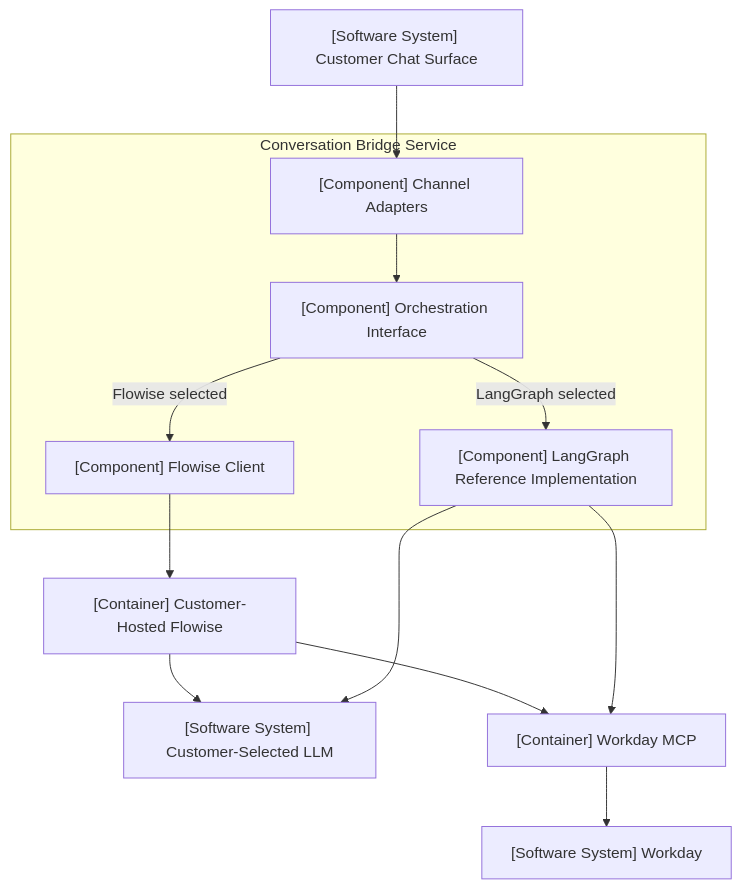
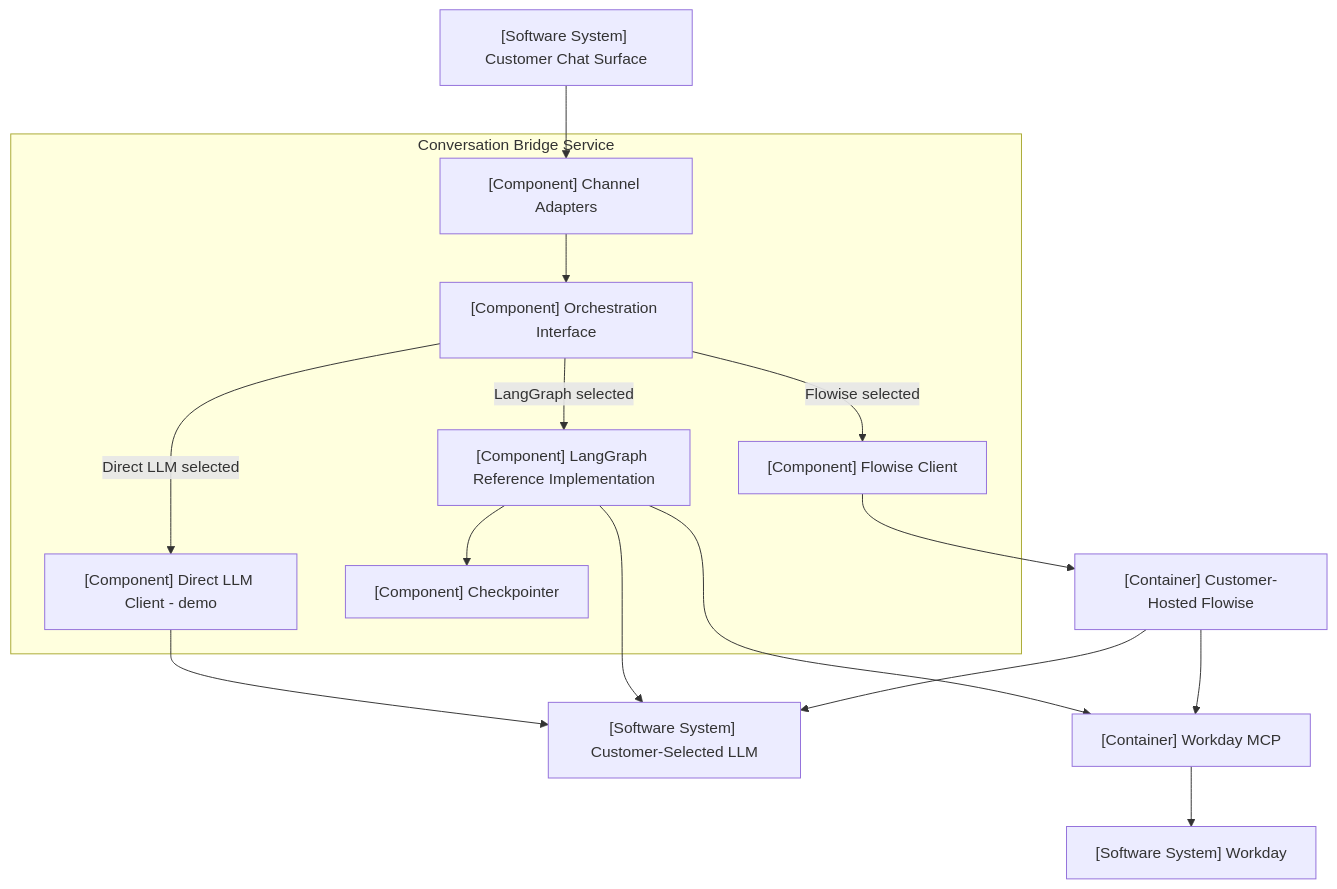
One commit to samxli/ai-conversation-bridge changed the second of 2 diagrams in docs/langgraph-orchestration-proposal-v2.md. Above: the diagram before and after it, drawn with Mermaid. The commit also changed other lines of this file, not shown here.

First line of the commit message:
Revise LangGraph orchestration proposal to v2.1

````diff
--- a/docs/langgraph-orchestration-proposal-v2.md
+++ b/docs/langgraph-orchestration-proposal-v2.md
@@ -106,26 +120,31 @@
 ```mermaid
 flowchart TD
     chat["[Software System] Customer Chat Surface"]
     flowiseRuntime["[Container] Customer-Hosted Flowise"]
     llm["[Software System] Customer-Selected LLM"]
     mcp["[Container] Workday MCP"]
     workday["[Software System] Workday"]
 
     subgraph bridge [Conversation Bridge Service]
         channels["[Component] Channel Adapters"]
         orchestration["[Component] Orchestration Interface"]
         flowiseClient["[Component] Flowise Client"]
         langgraph["[Component] LangGraph Reference Implementation"]
+        directLlm["[Component] Direct LLM Client - demo"]
+        state["[Component] Checkpointer"]
     end
 
     chat --> channels
     channels --> orchestration
     orchestration -->|"Flowise selected"| flowiseClient
     orchestration -->|"LangGraph selected"| langgraph
+    orchestration -->|"Direct LLM selected"| directLlm
+    langgraph --> state
     flowiseClient --> flowiseRuntime
     flowiseRuntime --> llm
     langgraph --> llm
+    directLlm --> llm
     flowiseRuntime --> mcp
     langgraph --> mcp
     mcp --> workday
 ```
````
